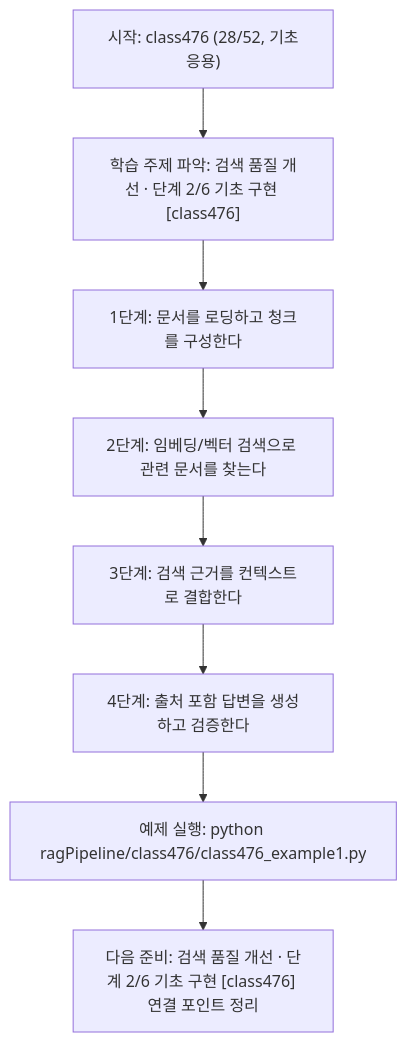
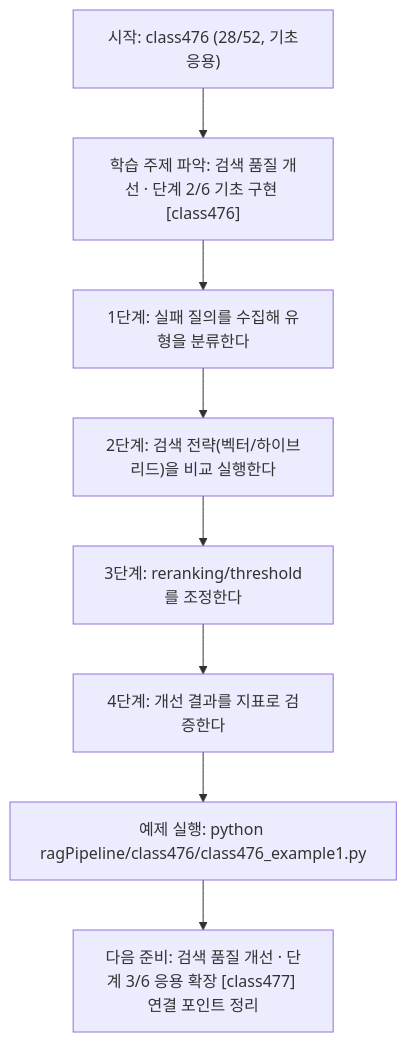
One commit to edumgt/Python-AI_Agent-Class changed the diagram in ragPipeline/class476/class476.md. Above: the diagram before and after it, drawn with Mermaid. The commit also changed other lines of this file and 367 other files, not shown here.

````diff
--- a/ragPipeline/class476/class476.md
+++ b/ragPipeline/class476/class476.md
@@ -111,18 +92,18 @@
 ```mermaid
 flowchart TD
 N1["시작: class476 (28/52, 기초응용)"]
 N2["학습 주제 파악: 검색 품질 개선 · 단계 2/6 기초 구현 [class476]"]
-N3["1단계: 문서를 로딩하고 청크를 구성한다"]
-N4["2단계: 임베딩/벡터 검색으로 관련 문서를 찾는다"]
-N5["3단계: 검색 근거를 컨텍스트로 결합한다"]
-N6["4단계: 출처 포함 답변을 생성하고 검증한다"]
+N3["1단계: 실패 질의를 수집해 유형을 분류한다"]
+N4["2단계: 검색 전략(벡터/하이브리드)을 비교 실행한다"]
+N5["3단계: reranking/threshold를 조정한다"]
+N6["4단계: 개선 결과를 지표로 검증한다"]
 N7["예제 실행: python ragPipeline/class476/class476_example1.py"]
-N8["다음 준비: 검색 품질 개선 · 단계 2/6 기초 구현 [class476] 연결 포인트 정리"]
+N8["다음 준비: 검색 품질 개선 · 단계 3/6 응용 확장 [class477] 연결 포인트 정리"]
 N1 --> N2
 N2 --> N3
 N3 --> N4
 N4 --> N5
 N5 --> N6
 N6 --> N7
 N7 --> N8
 ```
````
